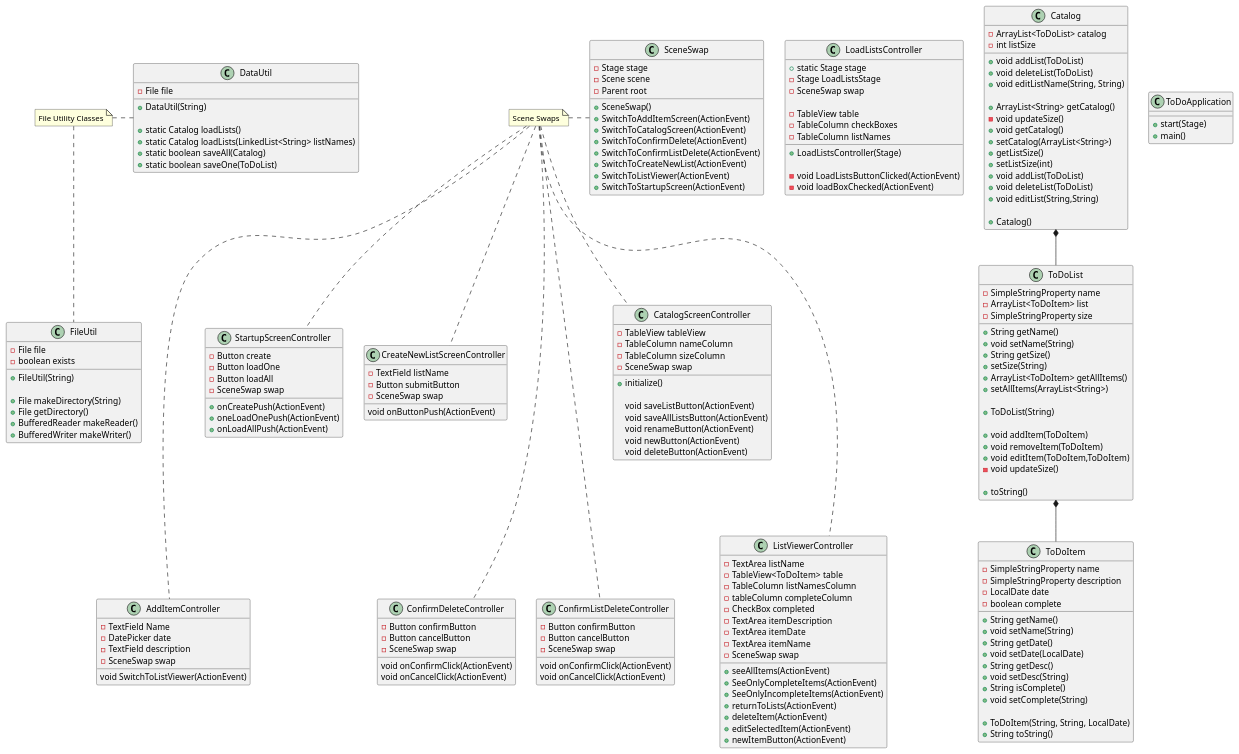
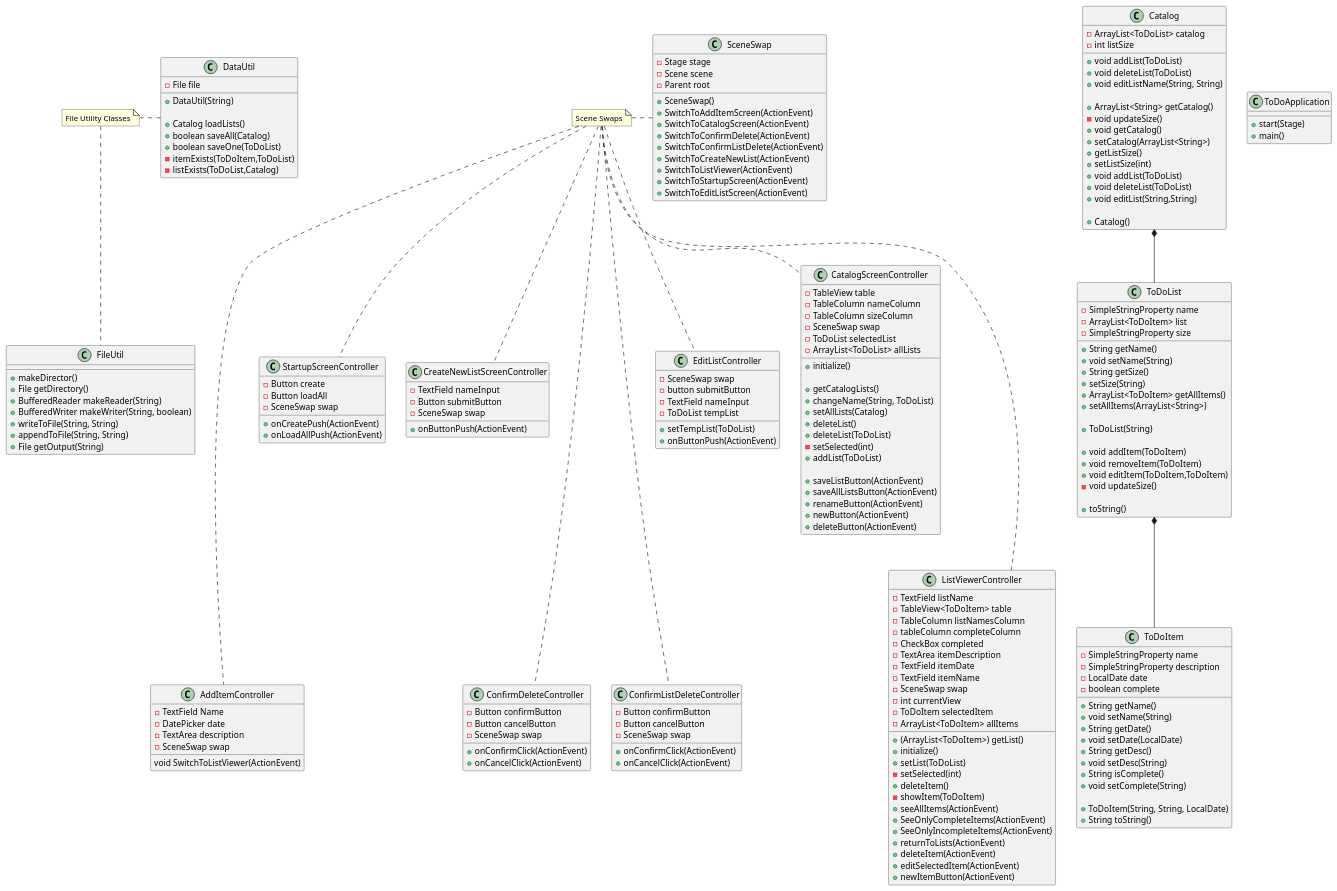
Before and after one commit to DonovanReynolds/Reynolds-cop3330-assignment4: the diagram in src/main/UML/ClassDiagram.puml, drawn with PlantUML. The commit also changed 1 other file, not shown here.

```diff
--- a/src/main/UML/ClassDiagram.puml
+++ b/src/main/UML/ClassDiagram.puml
@@ -4,7 +4,7 @@
 class AddItemController {
 -TextField Name
 -DatePicker date
--TextField description
+-TextArea description
 -SceneSwap swap
 
 void SwitchToListViewer(ActionEvent)
@@ -13,22 +13,20 @@
 class StartupScreenController{
 
 -Button create
--Button loadOne
 -Button loadAll
 -SceneSwap swap
 
 +onCreatePush(ActionEvent)
-+oneLoadOnePush(ActionEvent)
 +onLoadAllPush(ActionEvent)
 
 }
 
 class CreateNewListScreenController {
--TextField listName
+-TextField nameInput
 -Button submitButton
 -SceneSwap swap
 
-void onButtonPush(ActionEvent)
++onButtonPush(ActionEvent)
 }
 
 class ConfirmDeleteController {
@@ -36,8 +34,8 @@
 -Button cancelButton
 -SceneSwap swap
 
-void onConfirmClick(ActionEvent)
-void onCancelClick(ActionEvent)
++onConfirmClick(ActionEvent)
++onCancelClick(ActionEvent)
 }
 
 class ConfirmListDeleteController {
@@ -45,39 +43,70 @@
 -Button cancelButton
 -SceneSwap swap
 
-void onConfirmClick(ActionEvent)
-void onCancelClick(ActionEvent)
++onConfirmClick(ActionEvent)
++onCancelClick(ActionEvent)
+}
+
+class EditListController
+{
+-SceneSwap swap
+-button submitButton
+-TextField nameInput
+-ToDoList tempList
+
++setTempList(ToDoList)
++onButtonPush(ActionEvent)
+
 }
 
 class CatalogScreenController {
 
--TableView tableView
+-TableView table
 -TableColumn nameColumn
 -TableColumn sizeColumn
 -SceneSwap swap
+-ToDoList selectedList
+-ArrayList<ToDoList> allLists
+
 
 +initialize()
 
-void saveListButton(ActionEvent)
-void saveAllListsButton(ActionEvent)
-void renameButton(ActionEvent)
-void newButton(ActionEvent)
-void deleteButton(ActionEvent)
++getCatalogLists()
++changeName(String, ToDoList)
++setAllLists(Catalog)
++deleteList()
++deleteList(ToDoList)
+-setSelected(int)
++addList(ToDoList)
+
++saveListButton(ActionEvent)
++saveAllListsButton(ActionEvent)
++renameButton(ActionEvent)
++newButton(ActionEvent)
++deleteButton(ActionEvent)
 }
 
 class ListViewerController {
 
--TextArea listName
+-TextField listName
 -TableView<ToDoItem> table
 -TableColumn listNamesColumn
 -tableColumn completeColumn
 -CheckBox completed
 -TextArea itemDescription
--TextArea itemDate
--TextArea itemName
+-TextField itemDate
+-TextField itemName
 -SceneSwap swap
+-int currentView
+-ToDoItem selectedItem
+-ArrayList<ToDoItem> allItems
 
-
++(ArrayList<ToDoItem>) getList()
++initialize()
++setList(ToDoList)
+-setSelected(int)
++deleteItem()
+-showItem(ToDoItem)
 +seeAllItems(ActionEvent)
 +SeeOnlyCompleteItems(ActionEvent)
 +SeeOnlyIncompleteItems(ActionEvent)
@@ -88,20 +117,7 @@
 
 }
 
-class LoadListsController {
-+static Stage stage
--Stage LoadListsStage
--SceneSwap swap
 
--TableView table
--TableColumn checkBoxes
--TableColumn listNames
-
-+LoadListsController(Stage)
-
--void LoadListsButtonClicked(ActionEvent)
--void loadBoxChecked(ActionEvent)
-}
 
 class SceneSwap {
 -Stage stage
@@ -117,6 +133,7 @@
 +SwitchToCreateNewList(ActionEvent)
 +SwitchToListViewer(ActionEvent)
 +SwitchToStartupScreen(ActionEvent)
++SwitchToEditListScreen(ActionEvent)
 
 }
 
@@ -192,22 +209,22 @@
 
 +DataUtil(String)
 
-+static Catalog loadLists()
-+static Catalog loadLists(LinkedList<String> listNames)
-+static boolean saveAll(Catalog)
-+static boolean saveOne(ToDoList)
++Catalog loadLists()
++boolean saveAll(Catalog)
++boolean saveOne(ToDoList)
+-itemExists(ToDoItem,ToDoList)
+-listExists(ToDoList,Catalog)
+
 }
 
 class FileUtil {
--File file
--boolean exists
-
-+FileUtil(String)
-
-+File makeDirectory(String)
++makeDirector()
 +File getDirectory()
-+BufferedReader makeReader()
-+BufferedWriter makeWriter()
++BufferedReader makeReader(String)
++BufferedWriter makeWriter(String, boolean)
++writeToFile(String, String)
++appendToFile(String, String)
++File getOutput(String)
 
 }
 
@@ -227,5 +244,6 @@
 n2 .-. ListViewerController
 n2 .. StartupScreenController
 n2 . SceneSwap
+n2 .. EditListController
 
 @enduml
```
